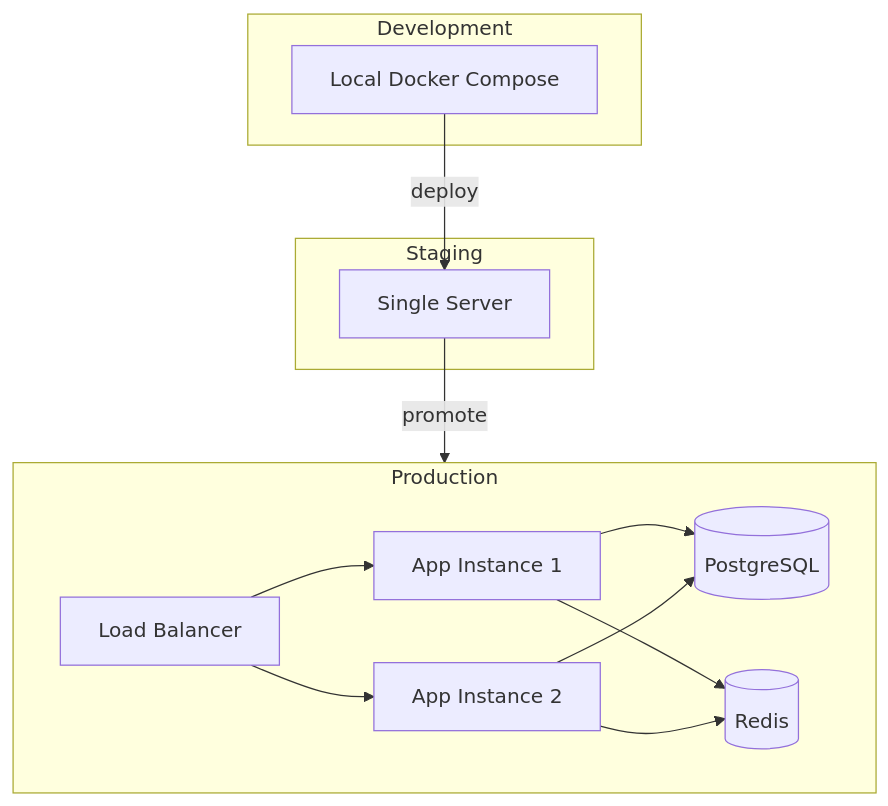
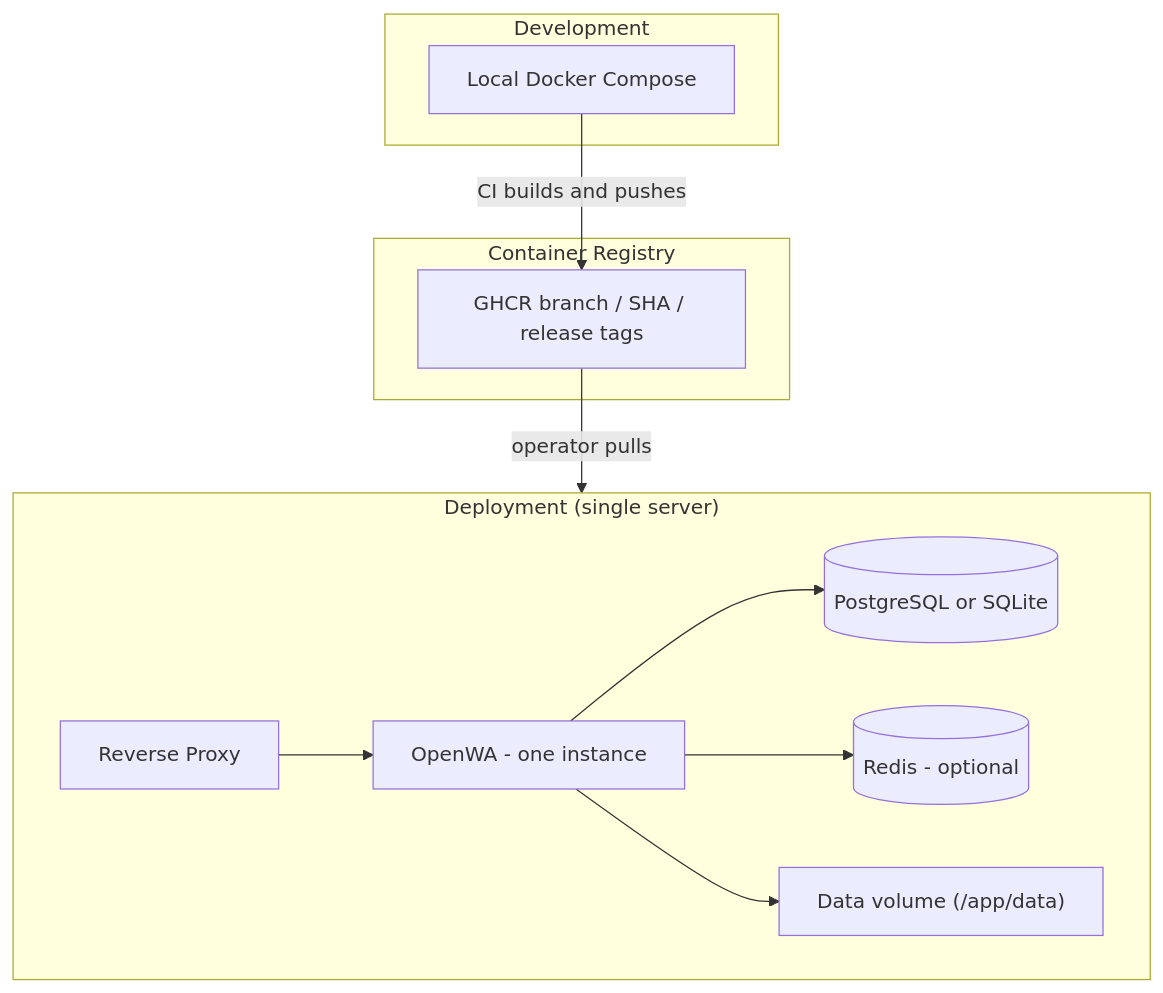
The first of 5 diagrams in docs/10-devops-infrastructure.md (nourayman21k/OpenWA), drawn with Mermaid before and after one commit. The commit also changed other lines of this file and 29 other files, not shown here.

````diff
--- a/docs/10-devops-infrastructure.md
+++ b/docs/10-devops-infrastructure.md
@@ -12,23 +16,21 @@
 ```mermaid
 flowchart TB
     subgraph Development["Development"]
         DEV[Local Docker Compose]
     end
     
-    subgraph Staging["Staging"]
-        STG[Single Server]
+    subgraph Registry["Container Registry"]
+        GHCR["GHCR branch / SHA / release tags"]
     end
     
-    subgraph Production["Production"]
-        LB[Load Balancer]
-        LB --> APP1[App Instance 1]
-        LB --> APP2[App Instance 2]
-        APP1 --> DB[(PostgreSQL)]
-        APP2 --> DB
-        APP1 --> REDIS[(Redis)]
-        APP2 --> REDIS
+    subgraph Deployment["Deployment (single server)"]
+        PROXY[Reverse Proxy]
+        PROXY --> APP[OpenWA - one instance]
+        APP --> DB[(PostgreSQL or SQLite)]
+        APP --> REDIS[(Redis - optional)]
+        APP --> VOL["Data volume (/app/data)"]
     end
     
-    DEV --> |deploy| STG
-    STG --> |promote| Production
+    DEV --> |CI builds and pushes| GHCR
+    GHCR --> |operator pulls| Deployment
 ```
````
